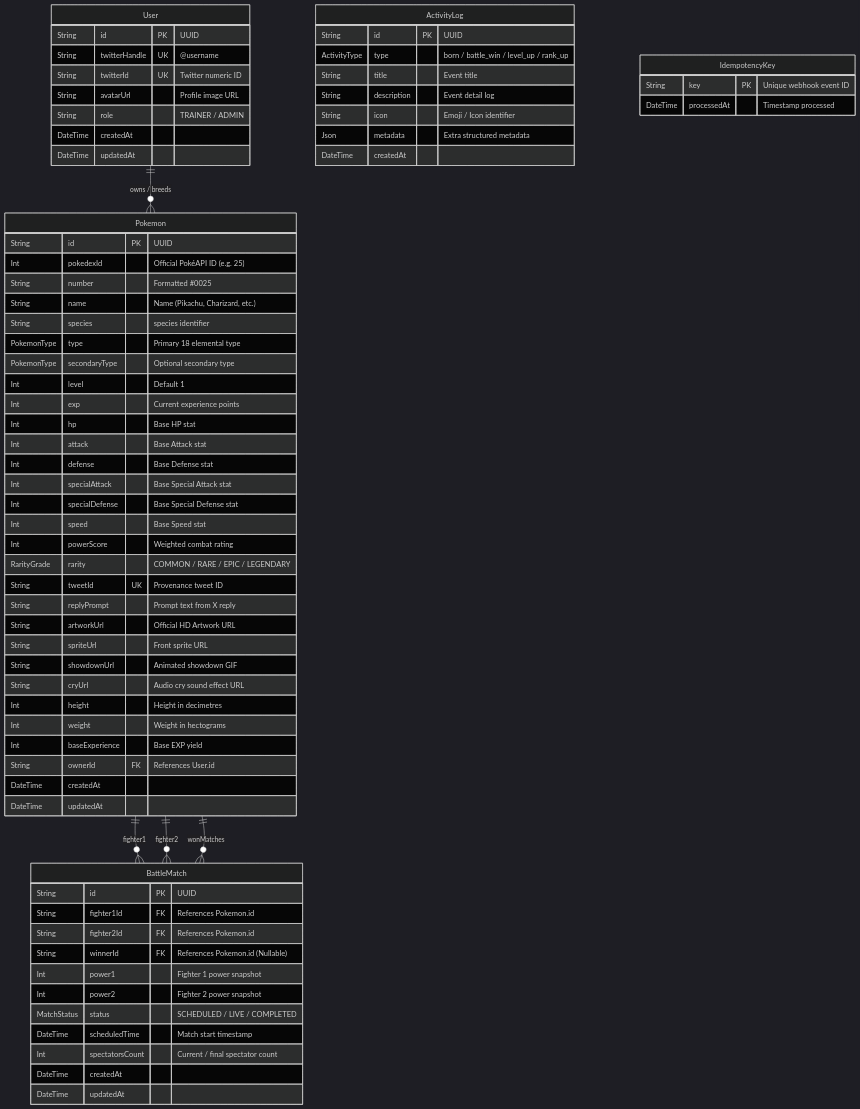
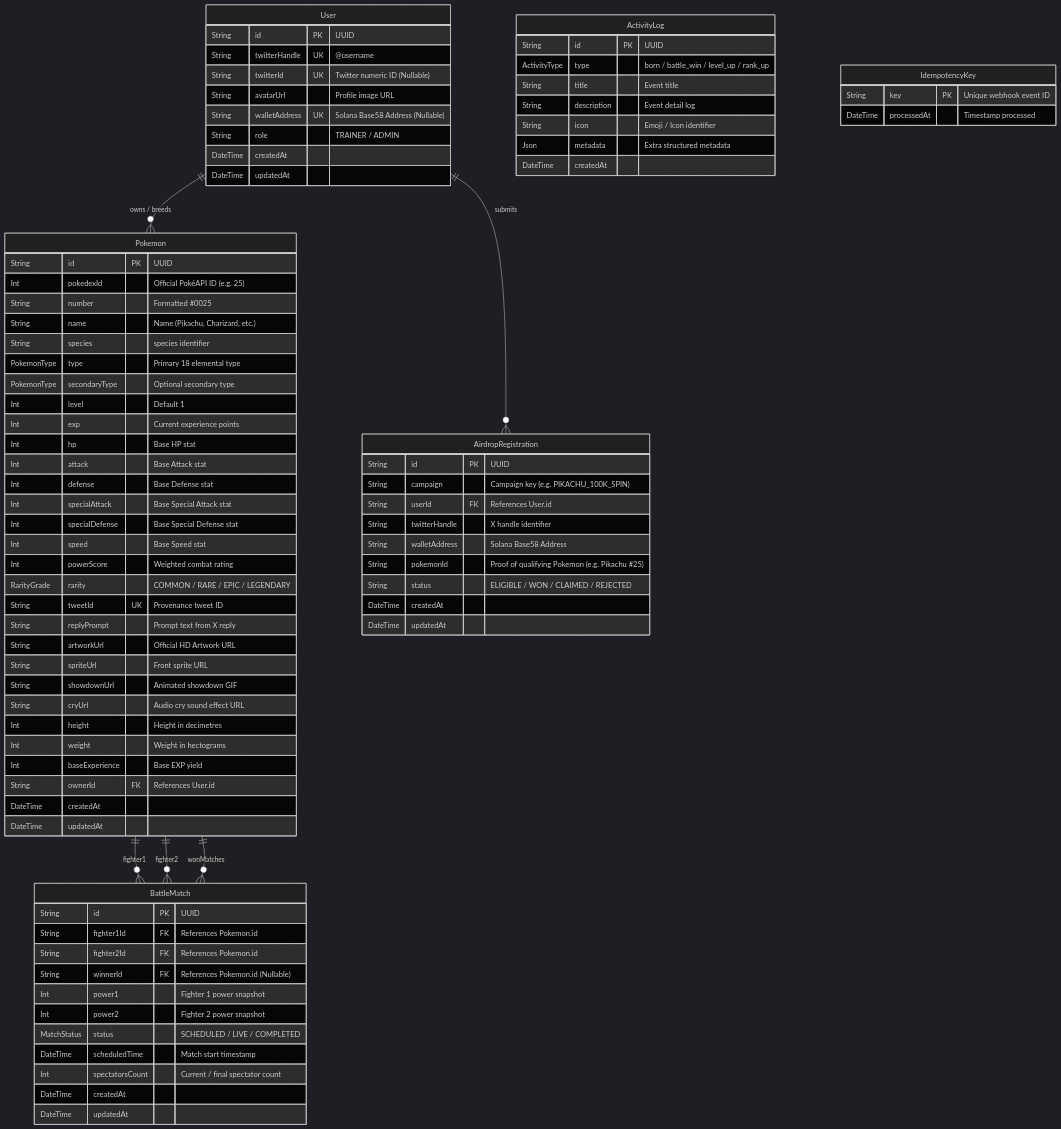
One commit to bimoadis/PokePump changed the diagram in docs/DATABASE_SCHEMA.md. Above: the diagram before and after it, drawn with Mermaid (dark theme). The commit also changed other lines of this file and 4 other files, not shown here.

Commit message:
feat(airdrop): add airdrop registration schema, API endpoints, UI integration, and documentation

````diff
--- a/docs/DATABASE_SCHEMA.md
+++ b/docs/DATABASE_SCHEMA.md
@@ -9,6 +9,7 @@
 ```mermaid
 erDiagram
     User ||--o{ Pokemon : "owns / breeds"
+    User ||--o{ AirdropRegistration : "submits"
     Pokemon ||--o{ BattleMatch : "fighter1"
     Pokemon ||--o{ BattleMatch : "fighter2"
     Pokemon ||--o{ BattleMatch : "wonMatches"
@@ -16,9 +17,22 @@
     User {
         String id PK "UUID"
         String twitterHandle UK "@username"
-        String twitterId UK "Twitter numeric ID"
+        String twitterId UK "Twitter numeric ID (Nullable)"
         String avatarUrl "Profile image URL"
+        String walletAddress UK "Solana Base58 Address (Nullable)"
         String role "TRAINER / ADMIN"
+        DateTime createdAt
+        DateTime updatedAt
+    }
+
+    AirdropRegistration {
+        String id PK "UUID"
+        String campaign "Campaign key (e.g. PIKACHU_100K_SPIN)"
+        String userId FK "References User.id"
+        String twitterHandle "X handle identifier"
+        String walletAddress "Solana Base58 Address"
+        String pokemonId "Proof of qualifying Pokemon (e.g. Pikachu #25)"
+        String status "ELIGIBLE / WON / CLAIMED / REJECTED"
         DateTime createdAt
         DateTime updatedAt
     }
````
